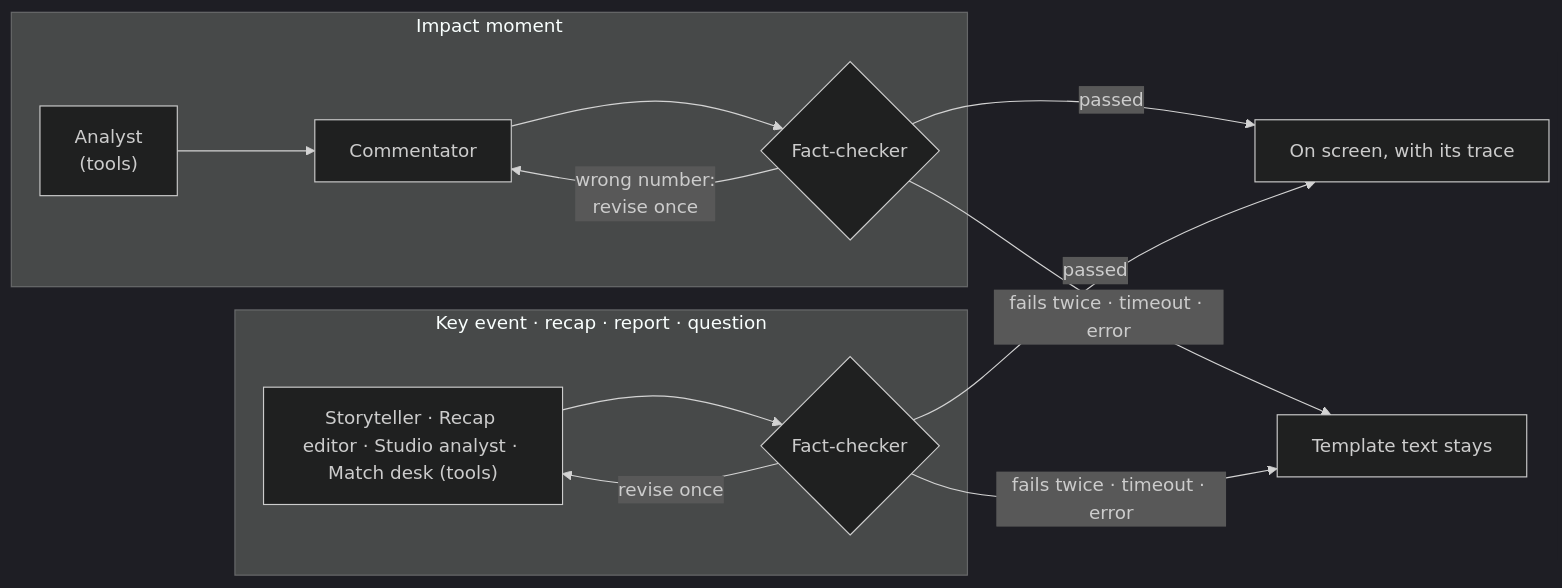
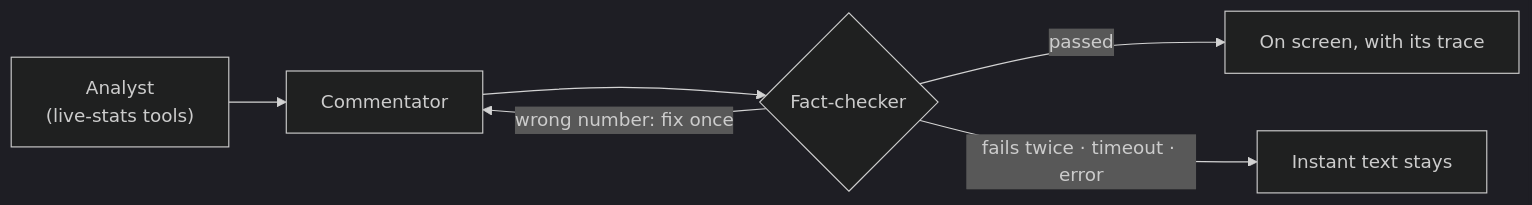
One commit to ShinKenji21/SecondTouch changed the diagram in README.md. Above: the diagram before and after it, drawn with Mermaid (dark theme). The commit also changed other lines of this file and 1 other file, not shown here.

````diff
--- a/README.md
+++ b/README.md
@@ -192,15 +60,7 @@
 ```mermaid
 flowchart LR
-  subgraph moment["Impact moment"]
-    A["Analyst<br/>(tools)"] --> C["Commentator"] --> F1{"Fact-checker"}
-    F1 -- "wrong number:<br/>revise once" --> C
-  end
-  subgraph narrative["Key event · recap · report · question"]
-    W["Storyteller · Recap editor · Studio analyst · Match desk (tools)"] --> F2{"Fact-checker"}
-    F2 -- "revise once" --> W
-  end
-  F1 -- passed --> S["On screen, with its trace"]
-  F2 -- passed --> S
-  F1 -- "fails twice · timeout · error" --> T["Template text stays"]
-  F2 -- "fails twice · timeout · error" --> T
+  A["Analyst<br/>(live-stats tools)"] --> C["Commentator"] --> F{"Fact-checker"}
+  F -- "wrong number: fix once" --> C
+  F -- passed --> S["On screen, with its trace"]
+  F -- "fails twice · timeout · error" --> T["Instant text stays"]
 ```
````
